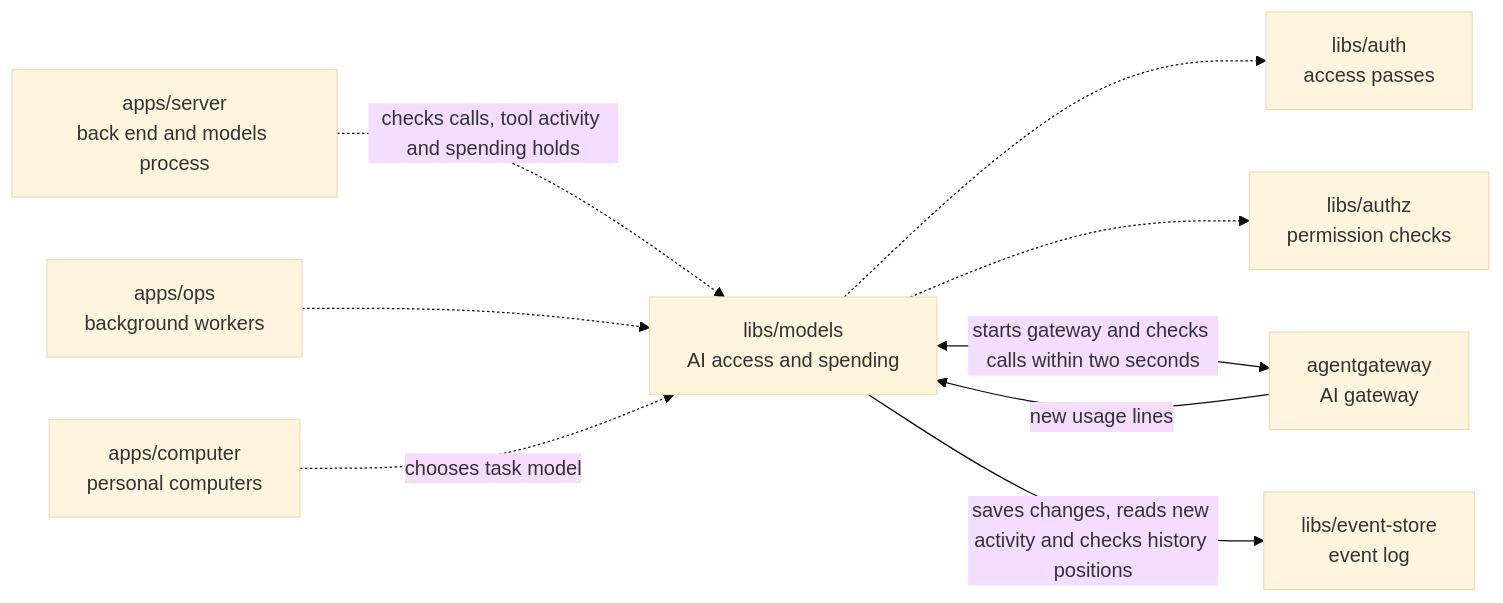
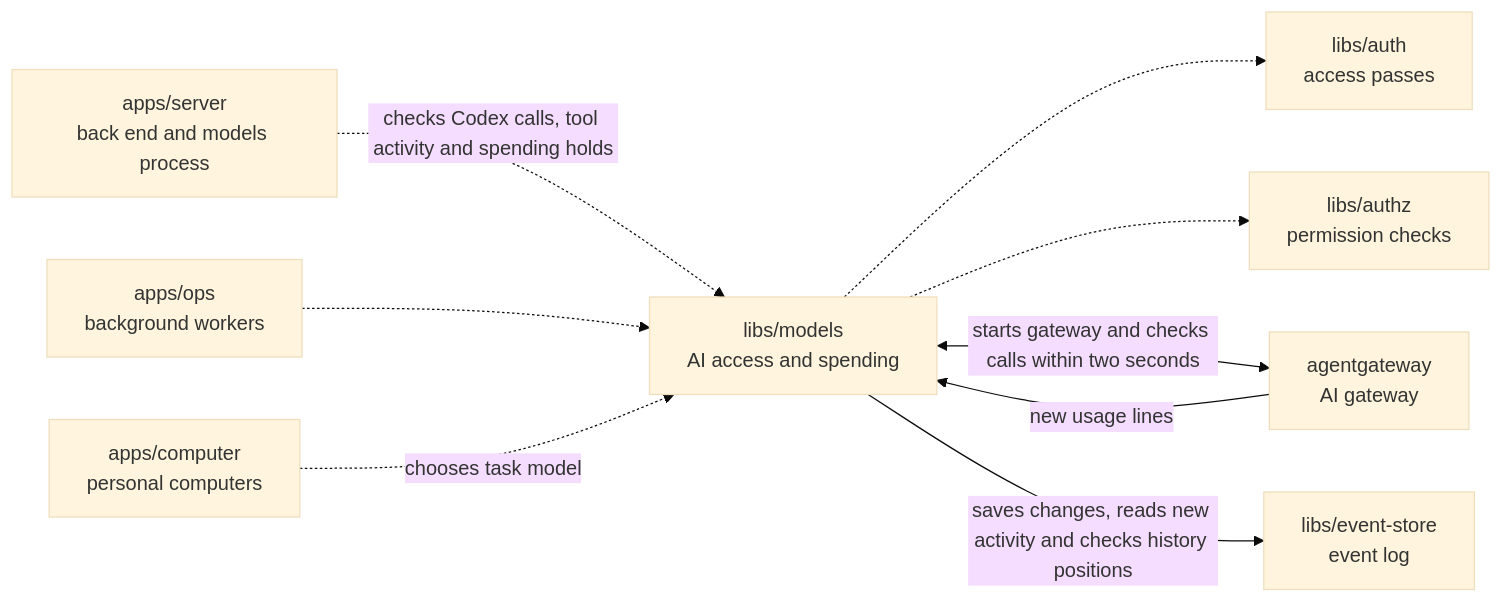
Before and after one commit to elewa-git/opencrane-new: the diagram in libs/models/README.md, drawn with Mermaid (base theme). The commit also changed other lines of this file and 26 other files, not shown here.

Commit message:
🔐 The decision service accepts real Codex tool calls

````diff
--- a/libs/models/README.md
+++ b/libs/models/README.md
@@ -11,11 +11,11 @@
 ```mermaid
 flowchart LR
-  server["apps/server<br/>back end and models process"] -.->|checks calls, tool activity and spending holds| models["libs/models<br/>AI access and spending"]
+  server["apps/server<br/>back end and models process"] -.->|checks Codex calls, tool activity and spending holds| models["libs/models<br/>AI access and spending"]
   ops["apps/ops<br/>background workers"] -.-> models
   computer["apps/computer<br/>personal computers"] -.->|chooses task model| models
   models -.-> auth["libs/auth<br/>access passes"]
   models -.-> authz["libs/authz<br/>permission checks"]
   models <-->|starts gateway and checks calls within two seconds| gateway["agentgateway<br/>AI gateway"]
   gateway -->|new usage lines| models
   models -->|saves changes, reads new activity and checks history positions| store["libs/event-store<br/>event log"]
 ```
````
